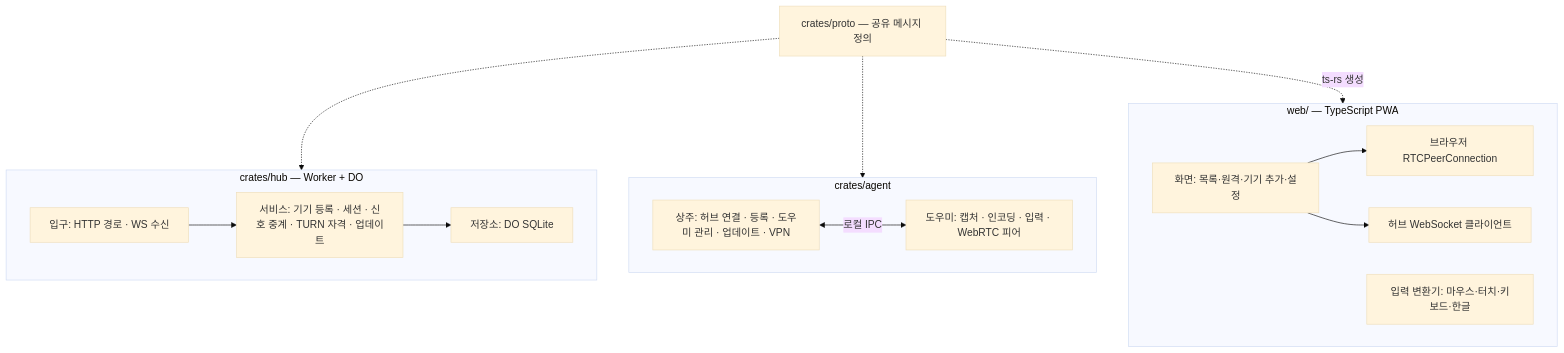
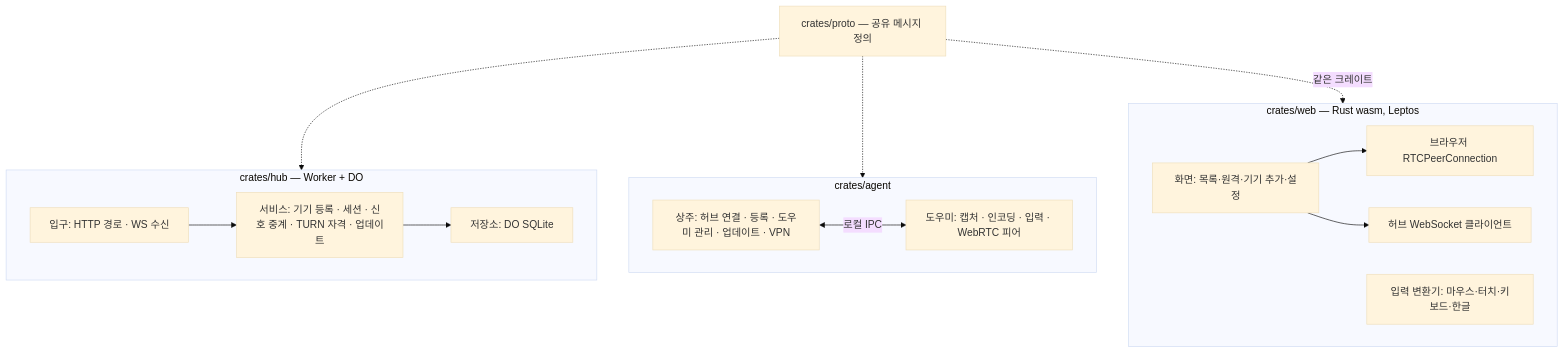
The second of 6 diagrams in autopilot/webdesktop/04-architecture.md (sangchane/webDesktop), drawn with Mermaid (base theme) before and after one commit. The commit also changed other lines of this file and 46 other files, not shown here.

First line of the commit message:
웹앱을 Rust(Leptos → wasm)로 바꾸고 TypeScript 생성을 걷어냄

````diff
--- a/autopilot/webdesktop/04-architecture.md
+++ b/autopilot/webdesktop/04-architecture.md
@@ -63,23 +63,23 @@
 ```mermaid
 flowchart TB
-  subgraph web[web/ — TypeScript PWA]
+  subgraph web[crates/web — Rust wasm, Leptos]
     UI[화면: 목록·원격·기기 추가·설정] --> RTC[브라우저 RTCPeerConnection]
     UI --> WSC[허브 WebSocket 클라이언트]
     IN[입력 변환기: 마우스·터치·키보드·한글]
   end
   subgraph hub[crates/hub — Worker + DO]
     R[입구: HTTP 경로 · WS 수신]
     S[서비스: 기기 등록 · 세션 · 신호 중계 · TURN 자격 · 업데이트]
     DB[저장소: DO SQLite]
     R --> S --> DB
   end
   subgraph agent[crates/agent]
     SV[상주: 허브 연결 · 등록 · 도우미 관리 · 업데이트 · VPN]
     HP[도우미: 캡처 · 인코딩 · 입력 · WebRTC 피어]
     SV <-- 로컬 IPC --> HP
   end
   P[crates/proto — 공유 메시지 정의]
   P -.-> hub
   P -.-> agent
-  P -. ts-rs 생성 .-> web
+  P -. 같은 크레이트 .-> web
 ```
````
